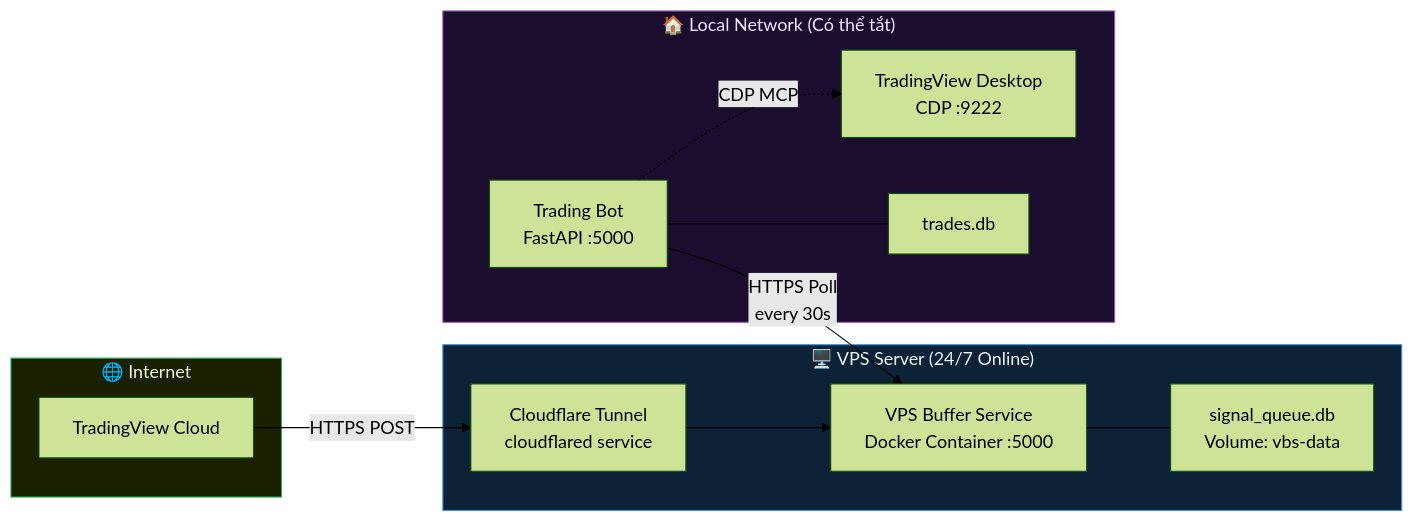
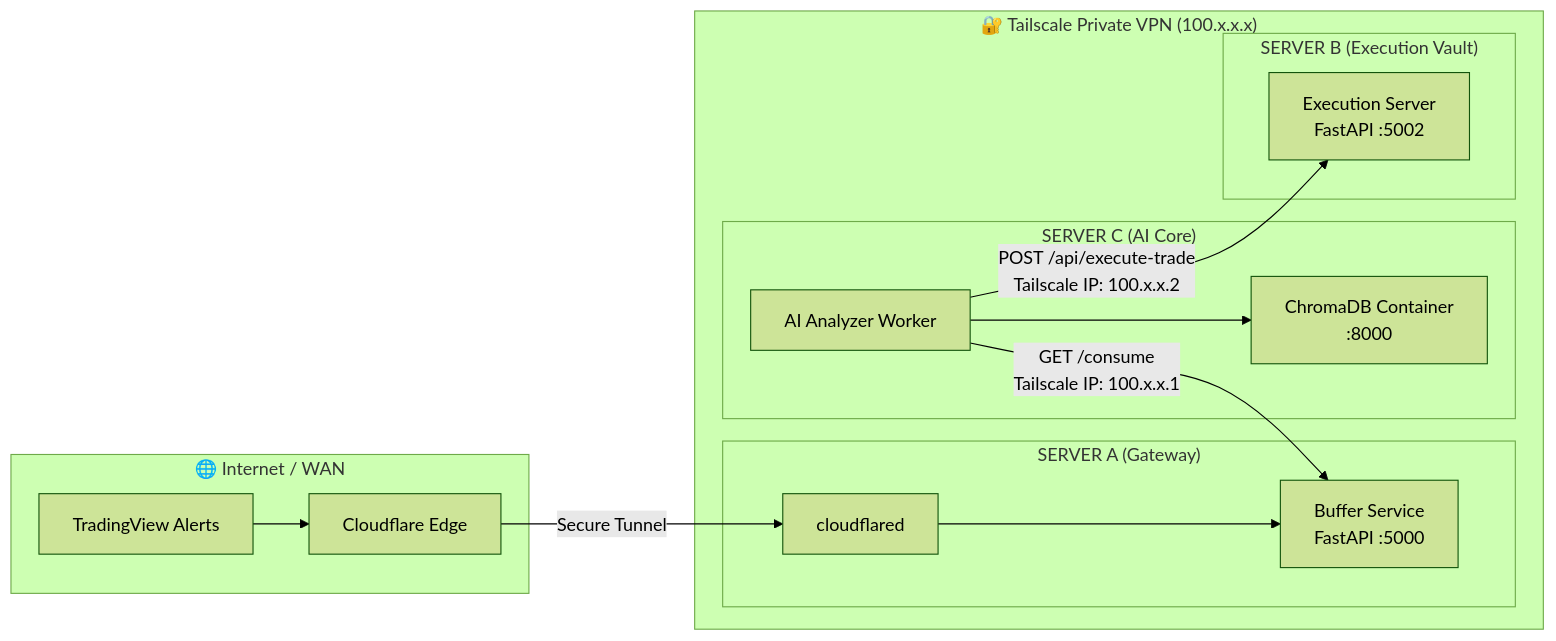
Before and after one commit to pessilogroup/TradingViewProject: the second of 4 diagrams in docs/plans/arhitectures/VPS_BUFFER_ARCHITECTURE.md, drawn with Mermaid (forest theme). The commit also changed other lines of this file and 12 other files, not shown here.

````diff
--- a/docs/plans/arhitectures/VPS_BUFFER_ARCHITECTURE.md
+++ b/docs/plans/arhitectures/VPS_BUFFER_ARCHITECTURE.md
@@ -104,29 +102,30 @@
 ```mermaid
 graph LR
-    subgraph INTERNET["🌐 Internet"]
-        TV_CLOUD["TradingView Cloud"]
+    subgraph WAN["🌐 Internet / WAN"]
+        TV_CLOUD["TradingView Alerts"]
+        CF_CLOUD["Cloudflare Edge"]
+        TV_CLOUD --> CF_CLOUD
     end
 
-    subgraph VPS["🖥️ VPS Server (24/7 Online)"]
-        CF_TUNNEL["Cloudflare Tunnel<br/>cloudflared service"]
-        VBS_APP["VPS Buffer Service<br/>Docker Container :5000"]
-        VBS_DB["signal_queue.db<br/>Volume: vbs-data"]
-        CF_TUNNEL --> VBS_APP
-        VBS_APP --- VBS_DB
+    subgraph TS_VPN["🔐 Tailscale Private VPN (100.x.x.x)"]
+        subgraph SA["SERVER A (Gateway)"]
+            CF_DAEMON["cloudflared"]
+            VBS_APP["Buffer Service<br/>FastAPI :5000"]
+            CF_DAEMON --> VBS_APP
+        end
+
+        subgraph SC["SERVER C (AI Core)"]
+            ANALYZER["AI Analyzer Worker"]
+            CHROMA["ChromaDB Container<br/>:8000"]
+            ANALYZER --> CHROMA
+        end
+
+        subgraph SB["SERVER B (Execution Vault)"]
+            EXEC_SRV["Execution Server<br/>FastAPI :5002"]
+        end
     end
 
-    subgraph LOCAL_NET["🏠 Local Network (Có thể tắt)"]
-        LOCAL_BOT["Trading Bot<br/>FastAPI :5000"]
-        TV_APP["TradingView Desktop<br/>CDP :9222"]
-        LOCAL_DB["trades.db"]
-        LOCAL_BOT --- LOCAL_DB
-        LOCAL_BOT -.->|"CDP MCP"| TV_APP
-    end
-
-    TV_CLOUD -->|"HTTPS POST"| CF_TUNNEL
-    LOCAL_BOT -->|"HTTPS Poll<br/>every 30s"| VBS_APP
-
-    style VPS fill:#0d2137,color:#e8f4fd,stroke:#3498db
-    style LOCAL_NET fill:#1a0d2e,color:#f0e6ff,stroke:#9b59b6
-    style INTERNET fill:#1a2000,color:#e8f8e8,stroke:#27ae60
+    CF_CLOUD -->|Secure Tunnel| CF_DAEMON
+    ANALYZER -->|GET /consume<br/>Tailscale IP: 100.x.x.1| VBS_APP
+    ANALYZER -->|POST /api/execute-trade<br/>Tailscale IP: 100.x.x.2| EXEC_SRV
 ```
````
